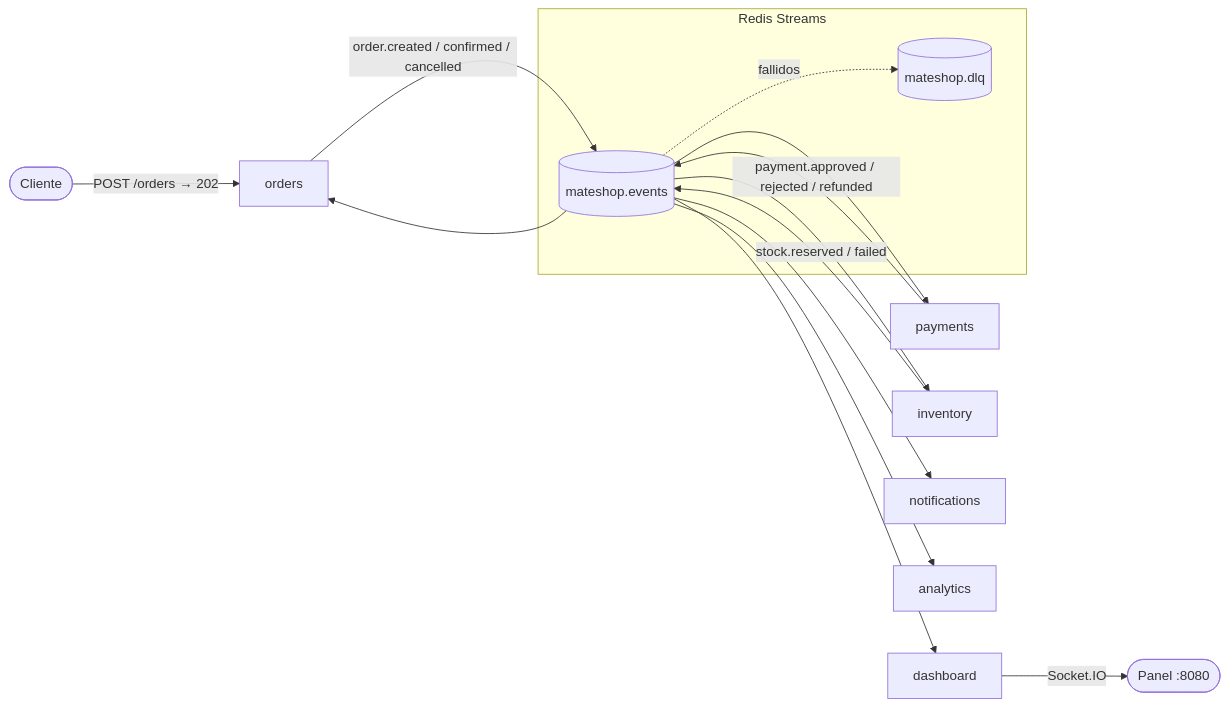
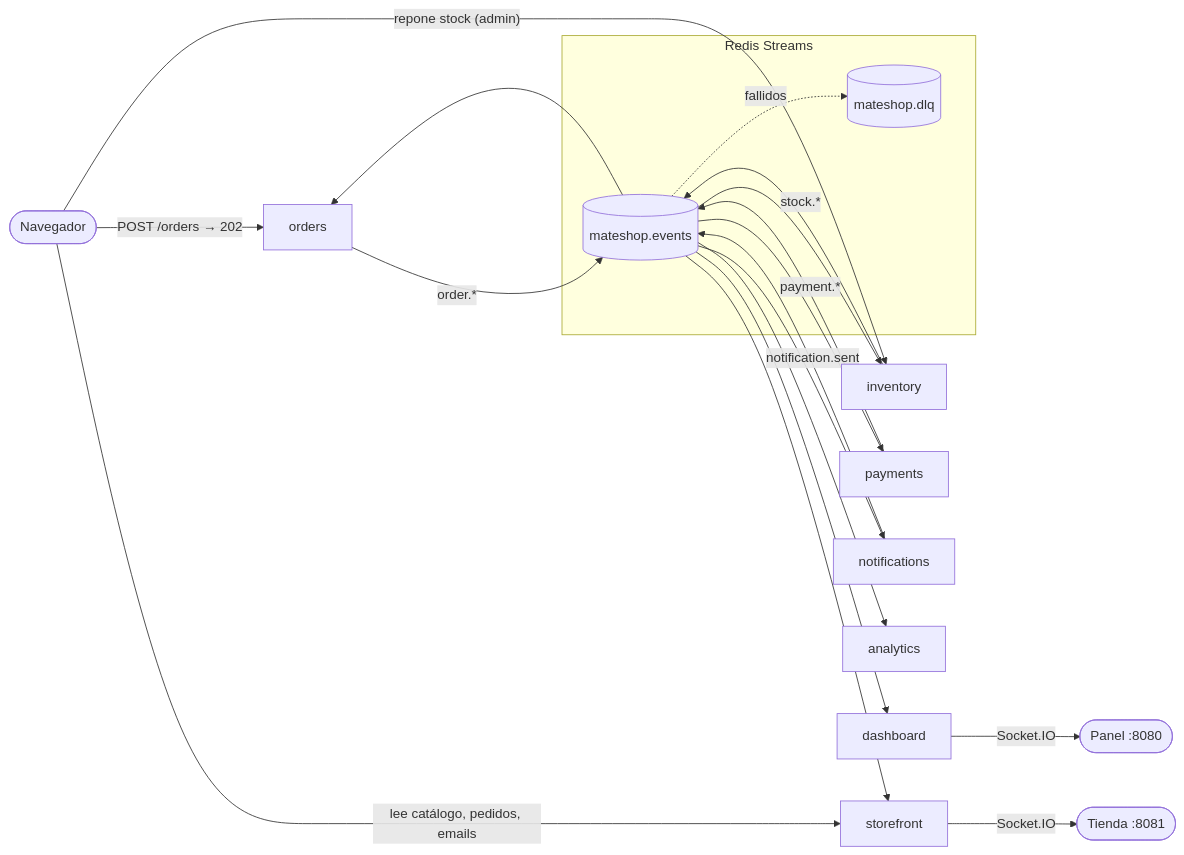
The diagram in README.md (Amin-117/arquitectura-event-driven), drawn with Mermaid before and after one commit. The commit also changed other lines of this file and 9 other files, not shown here.

````diff
--- a/README.md
+++ b/README.md
@@ -6,14 +6,18 @@
 ```mermaid
 flowchart LR
-  cliente([Cliente]) -- "POST /orders → 202" --> orders
+  navegador([Navegador]) -- "POST /orders → 202" --> orders
+  navegador -- "repone stock (admin)" --> inventory
+  navegador -- "lee catálogo, pedidos, emails" --> storefront
   subgraph Redis [Redis Streams]
     events[(mateshop.events)]
     dlq[(mateshop.dlq)]
   end
-  orders -- order.created / confirmed / cancelled --> events
-  payments -- payment.approved / rejected / refunded --> events
-  inventory -- stock.reserved / failed --> events
-  events --> orders & payments & inventory & notifications & analytics & dashboard
+  orders -- order.* --> events
+  payments -- payment.* --> events
+  inventory -- stock.* --> events
+  notifications -- notification.sent --> events
+  events --> orders & payments & inventory & notifications & analytics & storefront & dashboard
   events -. fallidos .-> dlq
-  dashboard -- Socket.IO --> navegador([Panel :8080])
+  dashboard -- Socket.IO --> panel([Panel :8080])
+  storefront -- Socket.IO --> tienda([Tienda :8081])
 ```
````
